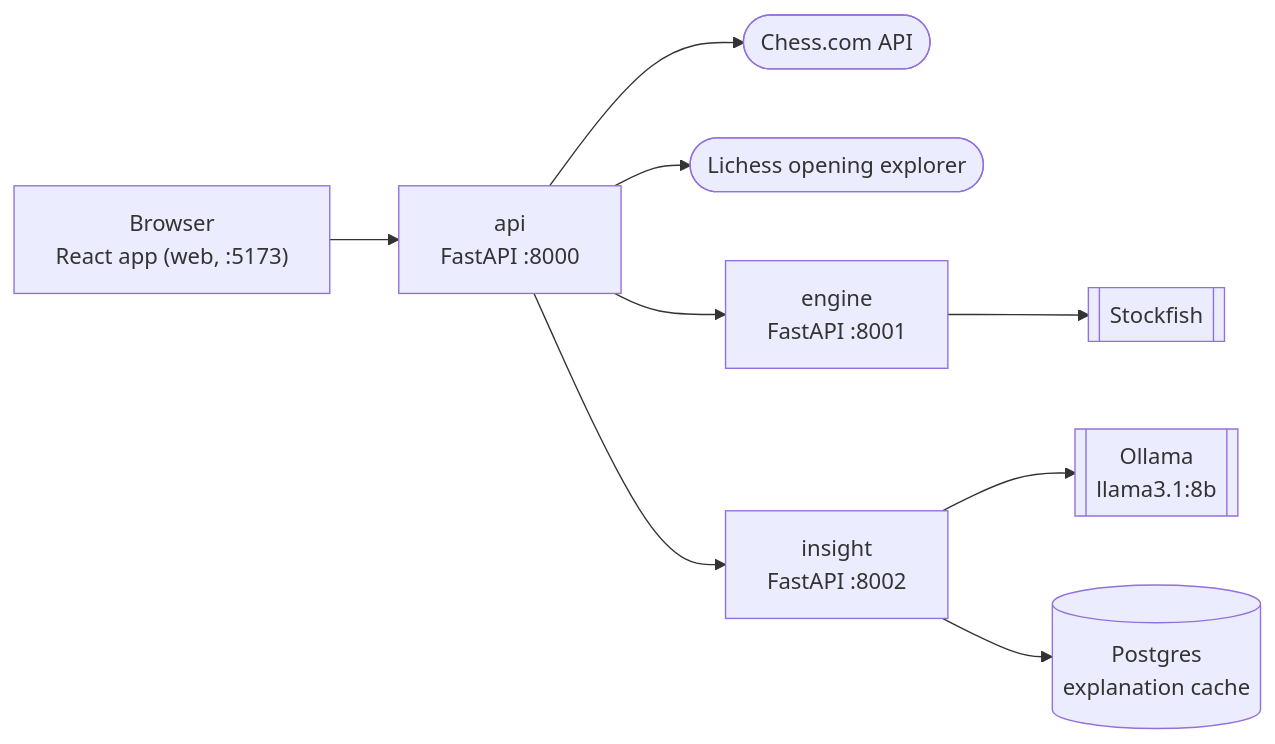
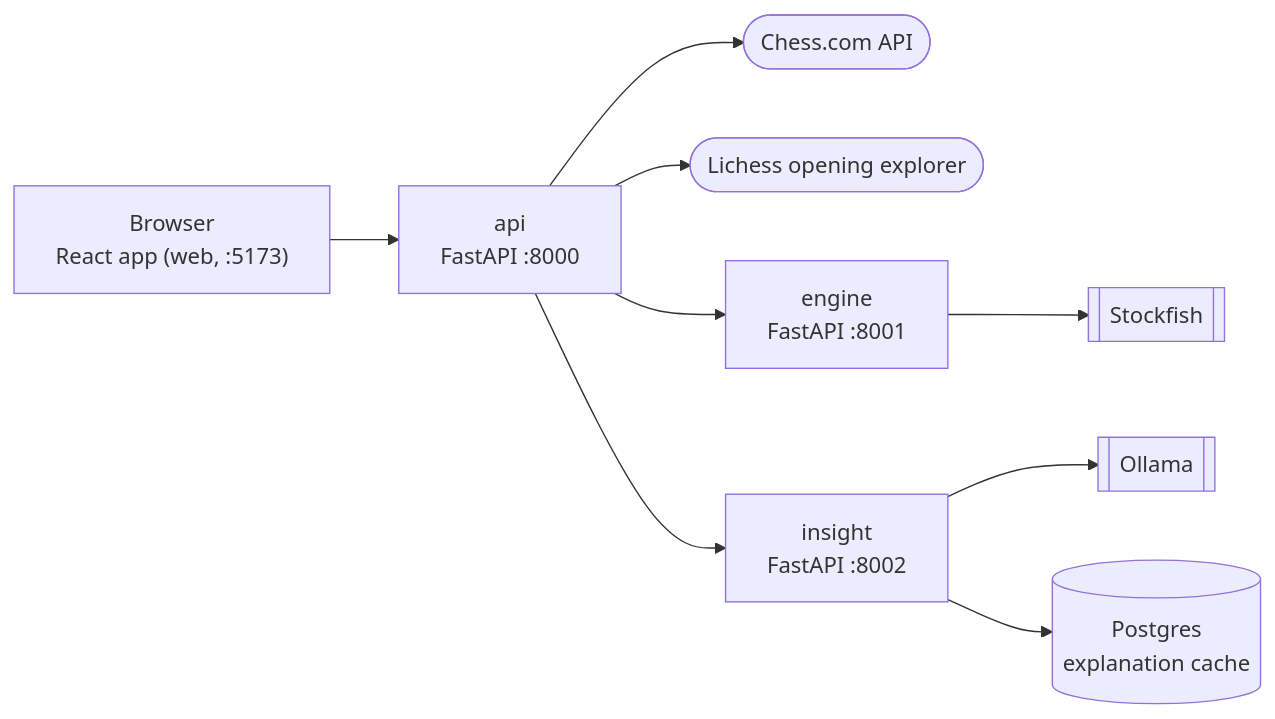
One commit to vector94/chess-offbook changed the diagram in README.md. Above: the diagram before and after it, drawn with Mermaid. The commit also changed other lines of this file and 6 other files, not shown here.

````diff
--- a/README.md
+++ b/README.md
@@ -8,11 +8,11 @@
 ```mermaid
 flowchart LR
     browser["Browser<br/>React app (web, :5173)"] --> api["api<br/>FastAPI :8000"]
     api --> chesscom(["Chess.com API"])
     api --> lichess(["Lichess opening explorer"])
     api --> engine["engine<br/>FastAPI :8001"]
     api --> insight["insight<br/>FastAPI :8002"]
     engine --> stockfish[["Stockfish"]]
-    insight --> ollama[["Ollama<br/>llama3.1:8b"]]
+    insight --> ollama[["Ollama"]]
     insight --> postgres[("Postgres<br/>explanation cache")]
 ```
````
